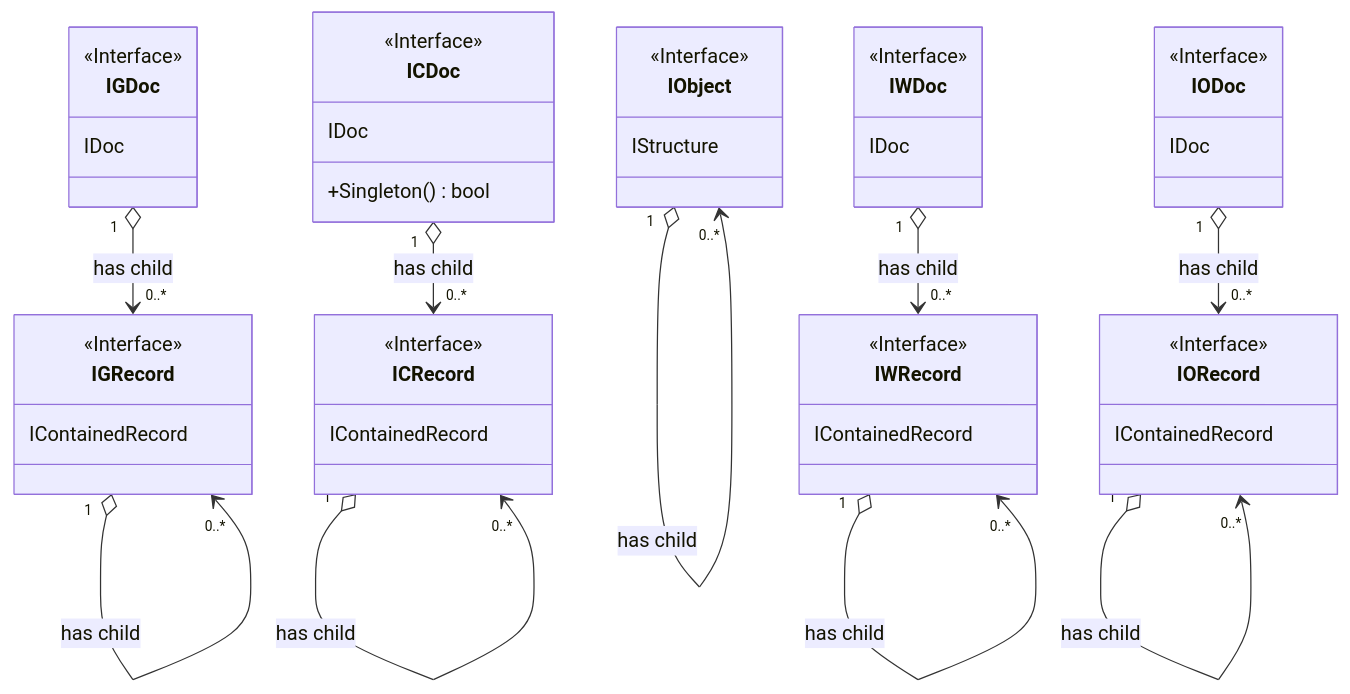
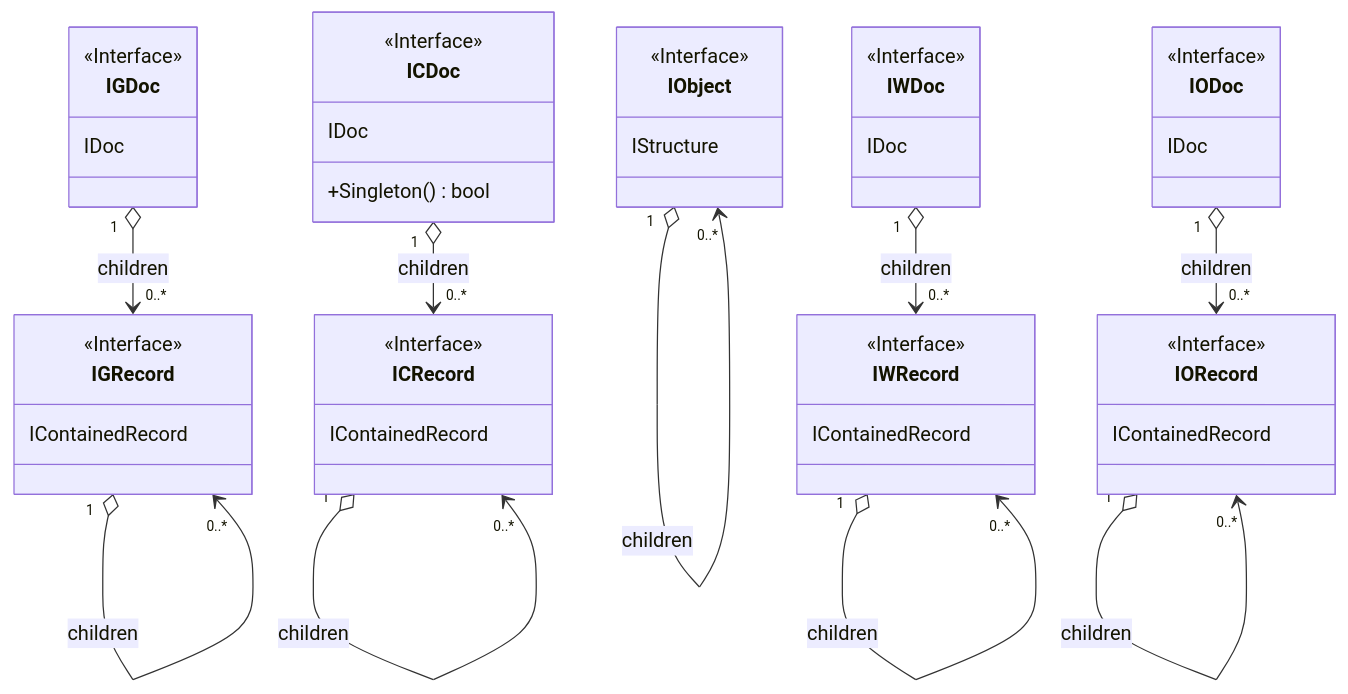
Before and after one commit to voedger/voedger: the fourth of 7 diagrams in pkg/appdef/README.md, drawn with Mermaid. The commit also changed other lines of this file, not shown here.

````diff
--- a/pkg/appdef/README.md
+++ b/pkg/appdef/README.md
@@ -502,59 +346,59 @@
 ```mermaid
 classDiagram
   direction TB
 
   class IGDoc {
     <<Interface>>
     IDoc
   }
-  IGDoc "1" o--> "0..*" IGRecord : has child
+  IGDoc "1" o--> "0..*" IGRecord : children
 
   class IGRecord {
     <<Interface>>
     IContainedRecord
   }
-  IGRecord "1" o--> "0..*" IGRecord : has child
+  IGRecord "1" o--> "0..*" IGRecord : children
 
   class ICDoc {
     <<Interface>>
     IDoc
     +Singleton() bool
   }
-  ICDoc "1" o--> "0..*" ICRecord : has child
+  ICDoc "1" o--> "0..*" ICRecord : children
 
   class ICRecord {
     <<Interface>>
     IContainedRecord
   }
-  ICRecord "1" o--> "0..*" ICRecord : has child
+  ICRecord "1" o--> "0..*" ICRecord : children
 
   class IWDoc {
     <<Interface>>
     IDoc
   }
-  IWDoc "1" o--> "0..*" IWRecord : has child
+  IWDoc "1" o--> "0..*" IWRecord : children
 
   class IWRecord {
     <<Interface>>
     IContainedRecord
   }
-  IWRecord "1" o--> "0..*" IWRecord : has child
+  IWRecord "1" o--> "0..*" IWRecord : children
 
   class IODoc {
     <<Interface>>
     IDoc
   }
-  IODoc "1" o--> "0..*" IORecord : has child
+  IODoc "1" o--> "0..*" IORecord : children
 
   class IORecord {
     <<Interface>>
     IContainedRecord
   }
-  IORecord "1" o--> "0..*" IORecord : has child
+  IORecord "1" o--> "0..*" IORecord : children
 
   class IObject {
     <<Interface>>
     IStructure
   }
-  IObject "1" o--> "0..*" IObject : has child
+  IObject "1" o--> "0..*" IObject : children
 ```
````
